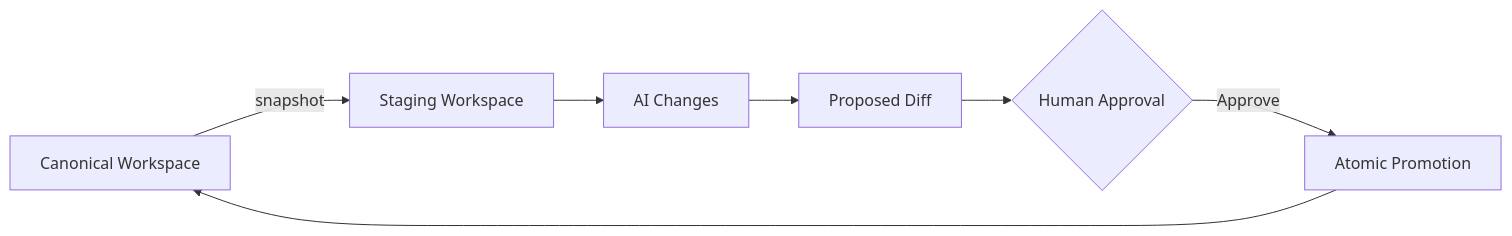
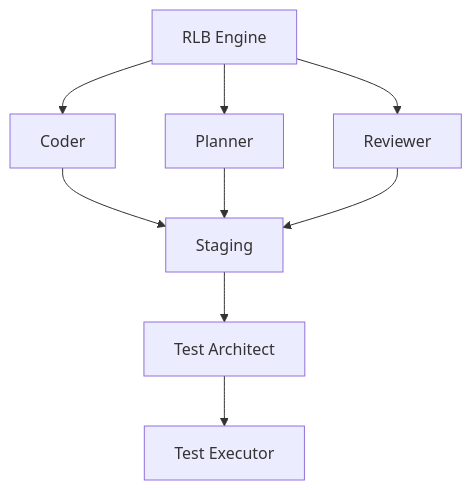
One commit to akilanpl/RLB-RelaxLemmeBuild- changed the second of 2 diagrams in README.md. Above: the diagram before and after it, drawn with Mermaid. The commit also changed other lines of this file, not shown here.

Commit message:
docs: update RLB product architecture

````diff
--- a/README.md
+++ b/README.md
@@ -132,9 +208,11 @@
 ```mermaid
-flowchart LR
-    CANON[Canonical Workspace] -- snapshot --> STAGE[Staging Workspace]
-    STAGE --> AI[AI Changes]
-    AI --> DIFF[Proposed Diff]
-    DIFF --> APPROVE{Human Approval}
-    APPROVE -- Approve --> PROMOTE[Atomic Promotion]
-    PROMOTE --> CANON
+flowchart TB
+    ENGINE[RLB Engine] --> PLANNER[Planner]
+    ENGINE --> CODER[Coder]
+    ENGINE --> REVIEWER[Reviewer]
+    CODER --> STAGING[Staging]
+    PLANNER --> STAGING
+    REVIEWER --> STAGING
+    STAGING --> TA[Test Architect]
+    TA --> TE[Test Executor]
 ```
````
